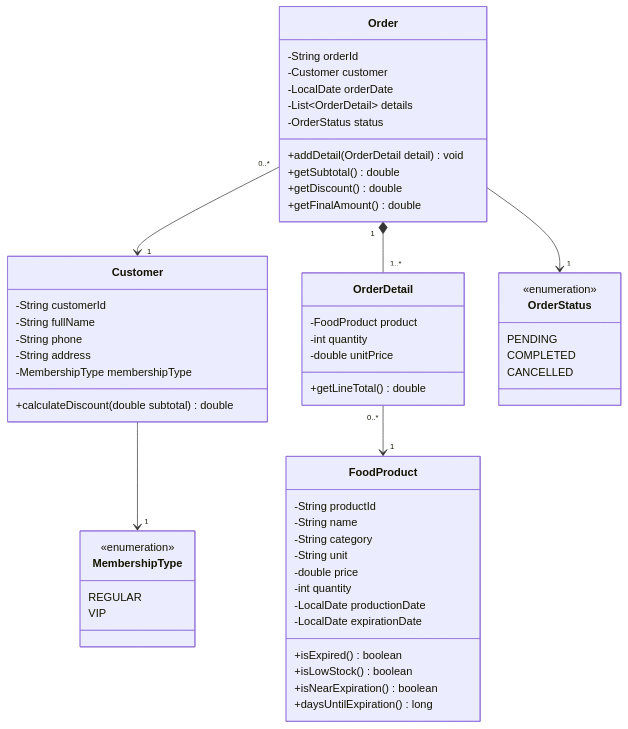
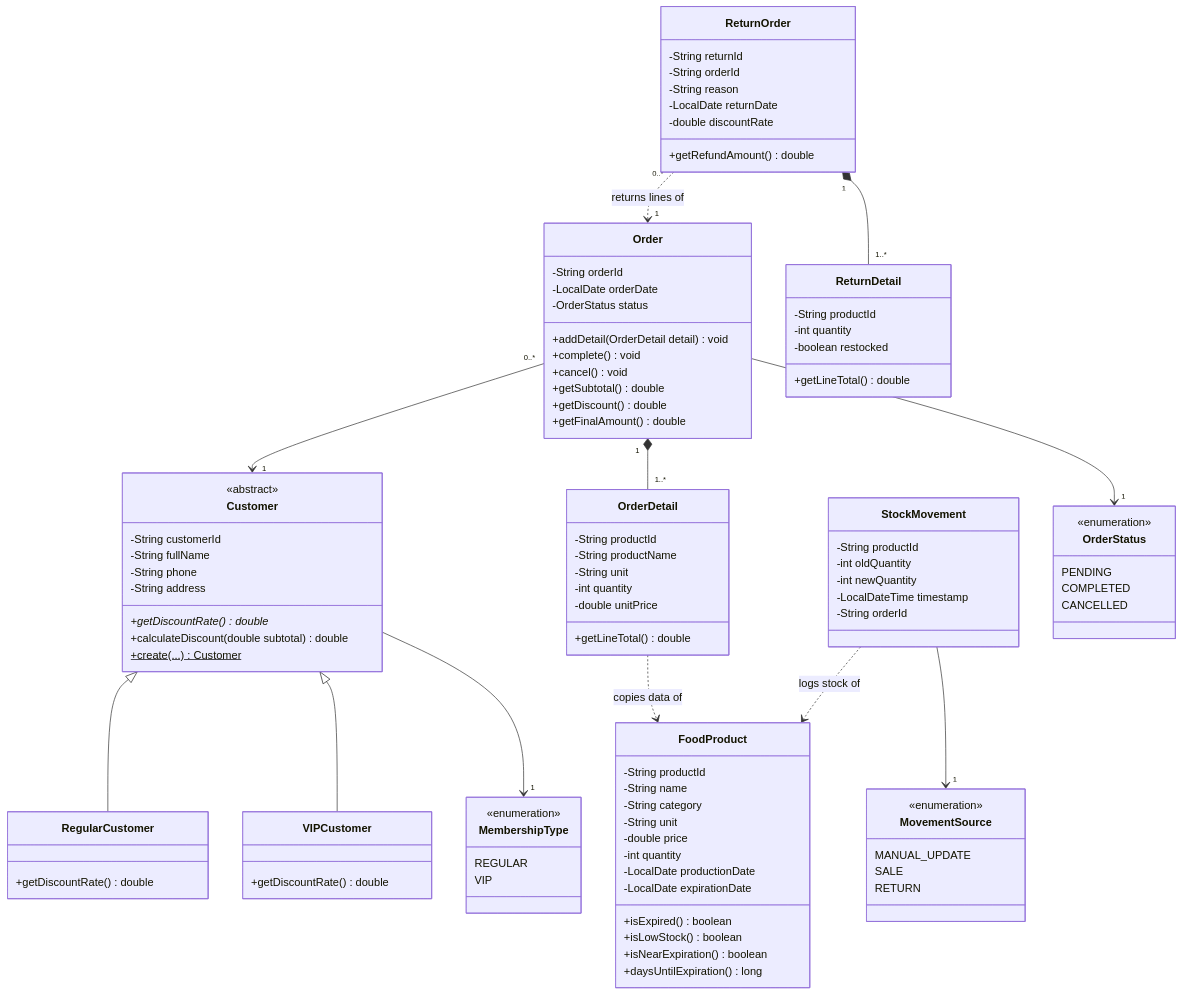
Before and after one commit to hoangtuanqn/food-store-manager: the diagram in README.md, drawn with Mermaid. The commit also changed other lines of this file, not shown here.

````diff
--- a/README.md
+++ b/README.md
@@ -67,29 +65,60 @@
         +daysUntilExpiration() long
     }
     class Customer {
+        <<abstract>>
         -String customerId
         -String fullName
         -String phone
         -String address
-        -MembershipType membershipType
+        +getDiscountRate()* double
         +calculateDiscount(double subtotal) double
+        +create(...)$ Customer
+    }
+    class RegularCustomer {
+        +getDiscountRate() double
+    }
+    class VIPCustomer {
+        +getDiscountRate() double
     }
     class Order {
         -String orderId
-        -Customer customer
         -LocalDate orderDate
-        -List~OrderDetail~ details
         -OrderStatus status
         +addDetail(OrderDetail detail) void
+        +complete() void
+        +cancel() void
         +getSubtotal() double
         +getDiscount() double
         +getFinalAmount() double
     }
     class OrderDetail {
-        -FoodProduct product
+        -String productId
+        -String productName
+        -String unit
         -int quantity
         -double unitPrice
         +getLineTotal() double
+    }
+    class ReturnOrder {
+        -String returnId
+        -String orderId
+        -String reason
+        -LocalDate returnDate
+        -double discountRate
+        +getRefundAmount() double
+    }
+    class ReturnDetail {
+        -String productId
+        -int quantity
+        -boolean restocked
+        +getLineTotal() double
+    }
+    class StockMovement {
+        -String productId
+        -int oldQuantity
+        -int newQuantity
+        -LocalDateTime timestamp
+        -String orderId
     }
     class MembershipType {
         <<enumeration>>
@@ -102,10 +131,22 @@
         COMPLETED
         CANCELLED
     }
+    class MovementSource {
+        <<enumeration>>
+        MANUAL_UPDATE
+        SALE
+        RETURN
+    }
 
+    Customer <|-- RegularCustomer
+    Customer <|-- VIPCustomer
+    Customer --> "1" MembershipType
     Order "0..*" --> "1" Customer
     Order "1" *-- "1..*" OrderDetail
-    OrderDetail "0..*" --> "1" FoodProduct
-    Customer --> "1" MembershipType
     Order --> "1" OrderStatus
+    OrderDetail ..> FoodProduct : copies data of
+    ReturnOrder "0..*" ..> "1" Order : returns lines of
+    ReturnOrder "1" *-- "1..*" ReturnDetail
+    StockMovement --> "1" MovementSource
+    StockMovement ..> FoodProduct : logs stock of
 ```
````
